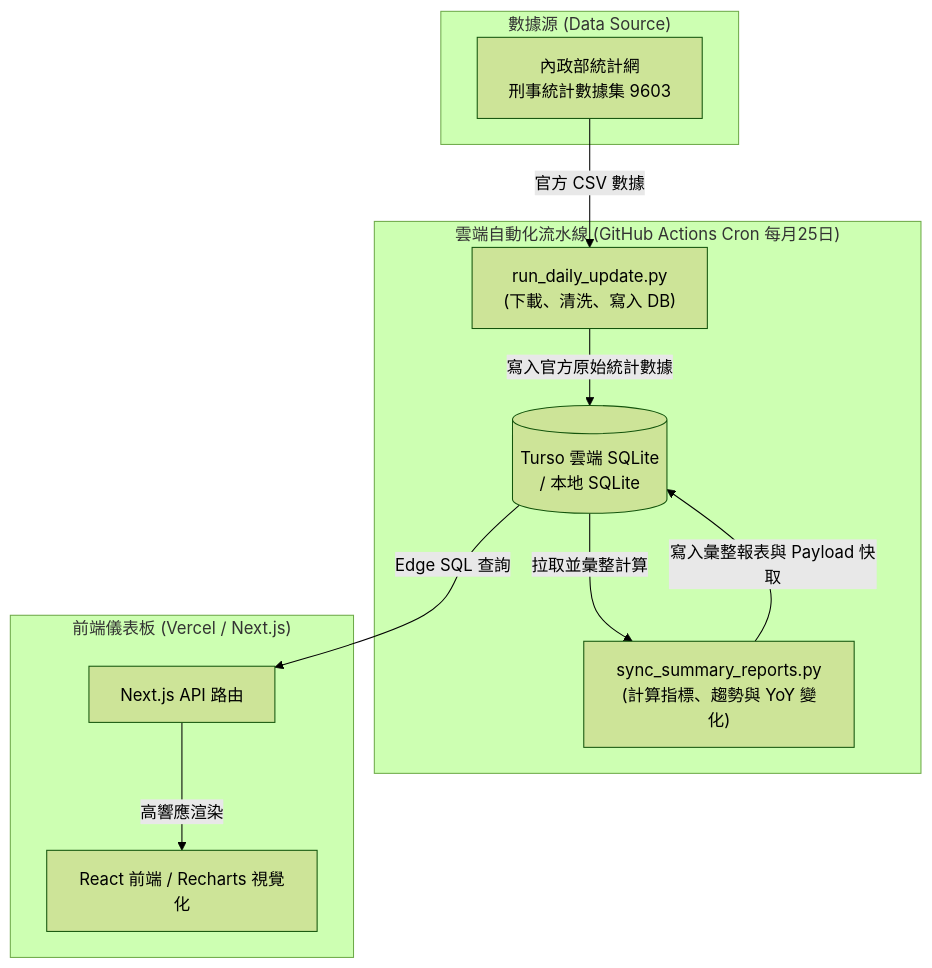
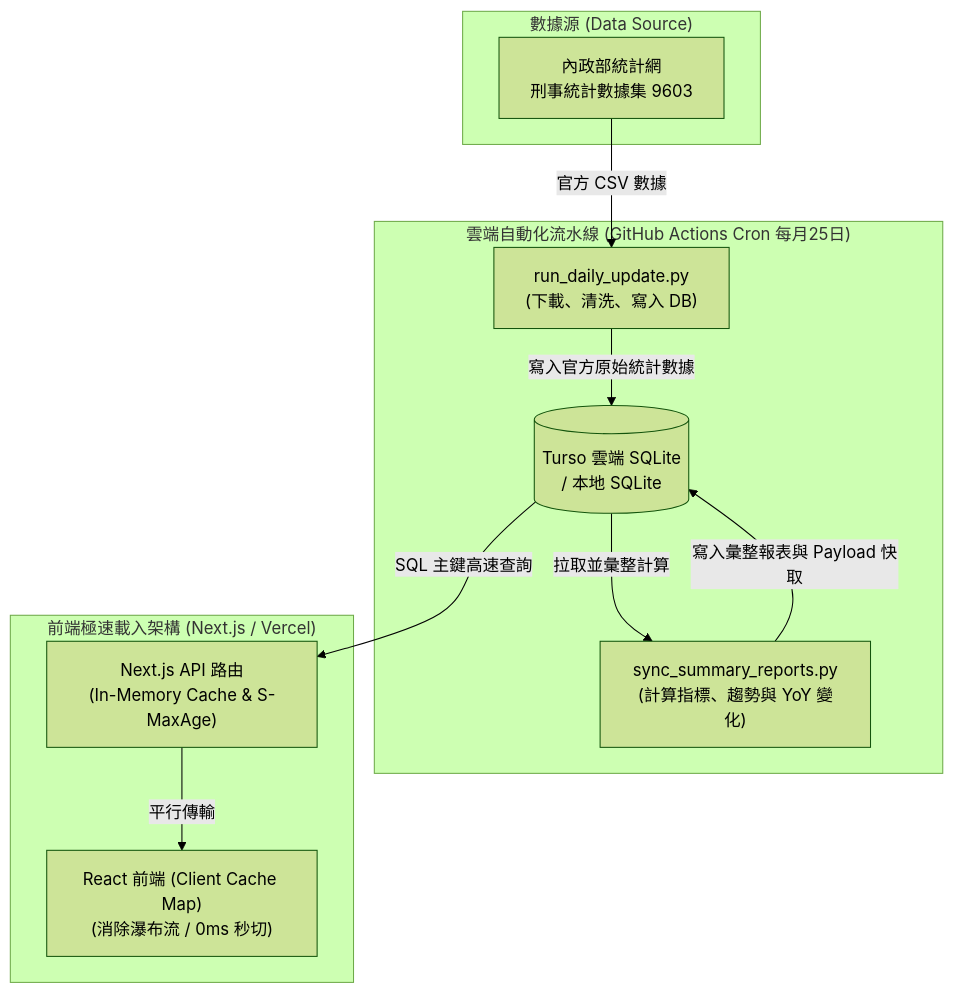
The diagram in README.md (dec591nyc/PSJJV), drawn with Mermaid (forest theme) before and after one commit. The commit also changed other lines of this file and 25 other files, not shown here.

````diff
--- a/README.md
+++ b/README.md
@@ -37,21 +49,21 @@
 ```mermaid
 flowchart TD
     subgraph "數據源 (Data Source)"
         A[內政部統計網\n刑事統計數據集 9603]
     end
 
     subgraph "雲端自動化流水線 (GitHub Actions Cron 每月25日)"
         B["run_daily_update.py\n(下載、清洗、寫入 DB)"]
         C["sync_summary_reports.py\n(計算指標、趨勢與 YoY 變化)"]
         
         A -->|官方 CSV 數據| B
         B -->|寫入官方原始統計數據| DB[(Turso 雲端 SQLite\n/ 本地 SQLite)]
         DB -->|拉取並彙整計算| C
         C -->|寫入彙整報表與 Payload 快取| DB
     end
 
-    subgraph "前端儀表板 (Vercel / Next.js)"
-        DB -->|Edge SQL 查詢| V[Next.js API 路由]
-        V -->|高響應渲染| UI[React 前端 / Recharts 視覺化]
+    subgraph "前端極速載入架構 (Next.js / Vercel)"
+        DB -->|SQL 主鍵高速查詢| V["Next.js API 路由\n(In-Memory Cache & S-MaxAge)"]
+        V -->|平行傳輸| UI["React 前端 (Client Cache Map)\n(消除瀑布流 / 0ms 秒切)"]
     end
 ```
````
